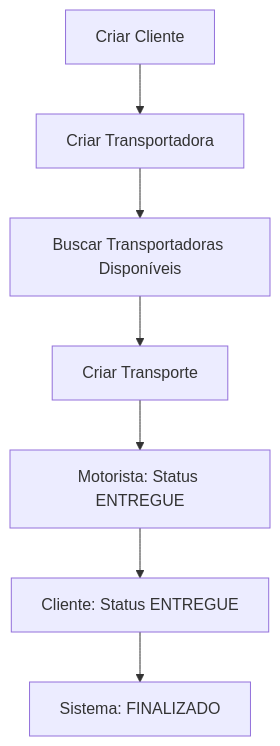
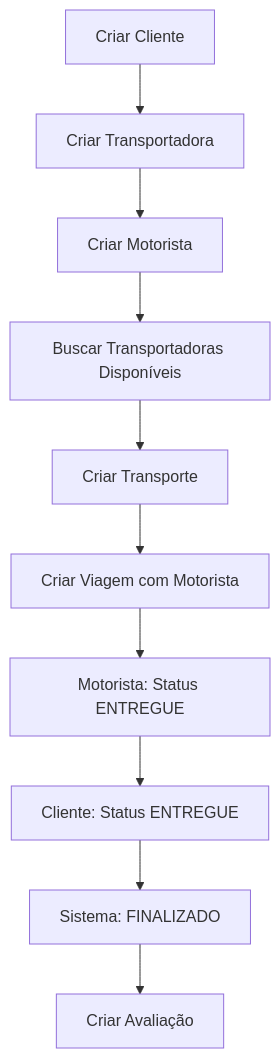
Before and after one commit to bieldnz/frota-trabalho: the diagram in README.md, drawn with Mermaid. The commit also changed other lines of this file and 1 other file, not shown here.

````diff
--- a/README.md
+++ b/README.md
@@ -81,9 +112,12 @@
 ```mermaid
 graph TD
     A[Criar Cliente] --> B[Criar Transportadora]
-    B --> C[Buscar Transportadoras Disponíveis]
-    C --> D[Criar Transporte]
-    D --> E[Motorista: Status ENTREGUE]
-    E --> F[Cliente: Status ENTREGUE]
-    F --> G[Sistema: FINALIZADO]
+    B --> C[Criar Motorista] 
+    C --> D[Buscar Transportadoras Disponíveis]
+    D --> E[Criar Transporte]
+    E --> F[Criar Viagem com Motorista]
+    F --> G[Motorista: Status ENTREGUE]
+    G --> H[Cliente: Status ENTREGUE]
+    H --> I[Sistema: FINALIZADO]
+    I --> J[Criar Avaliação]
 ```
````
